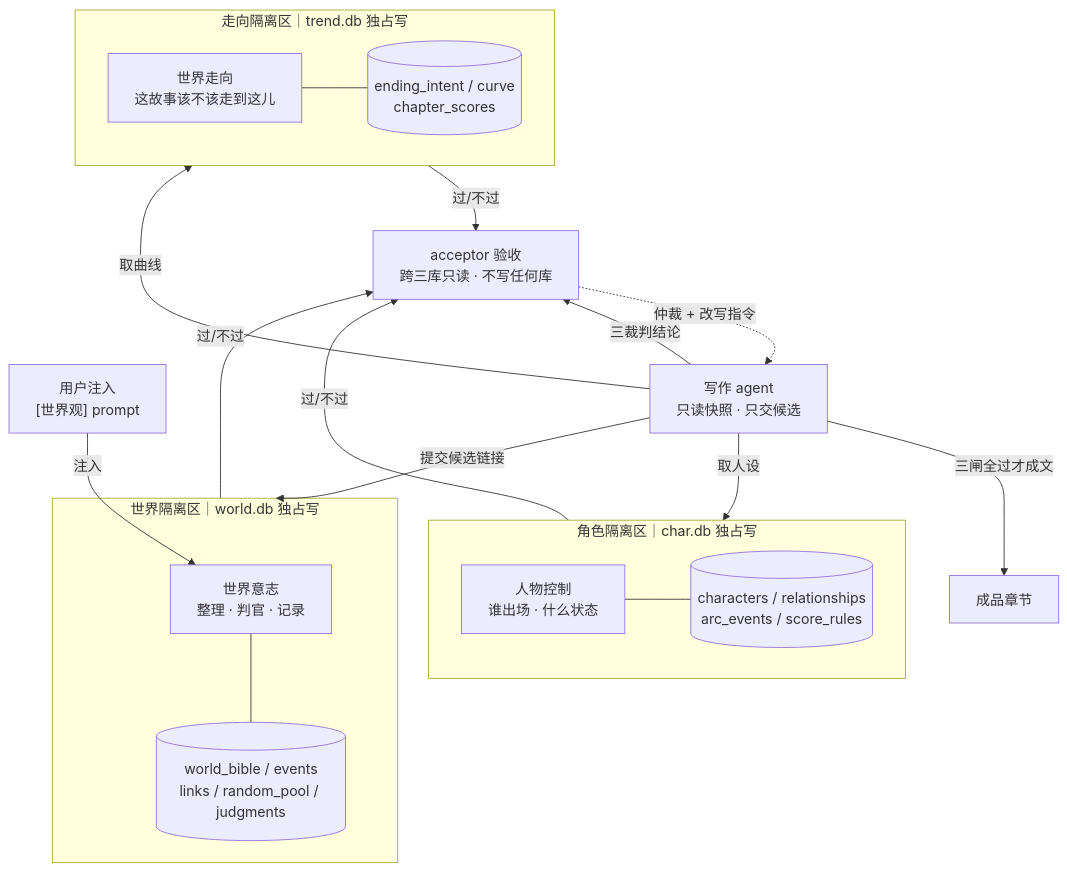
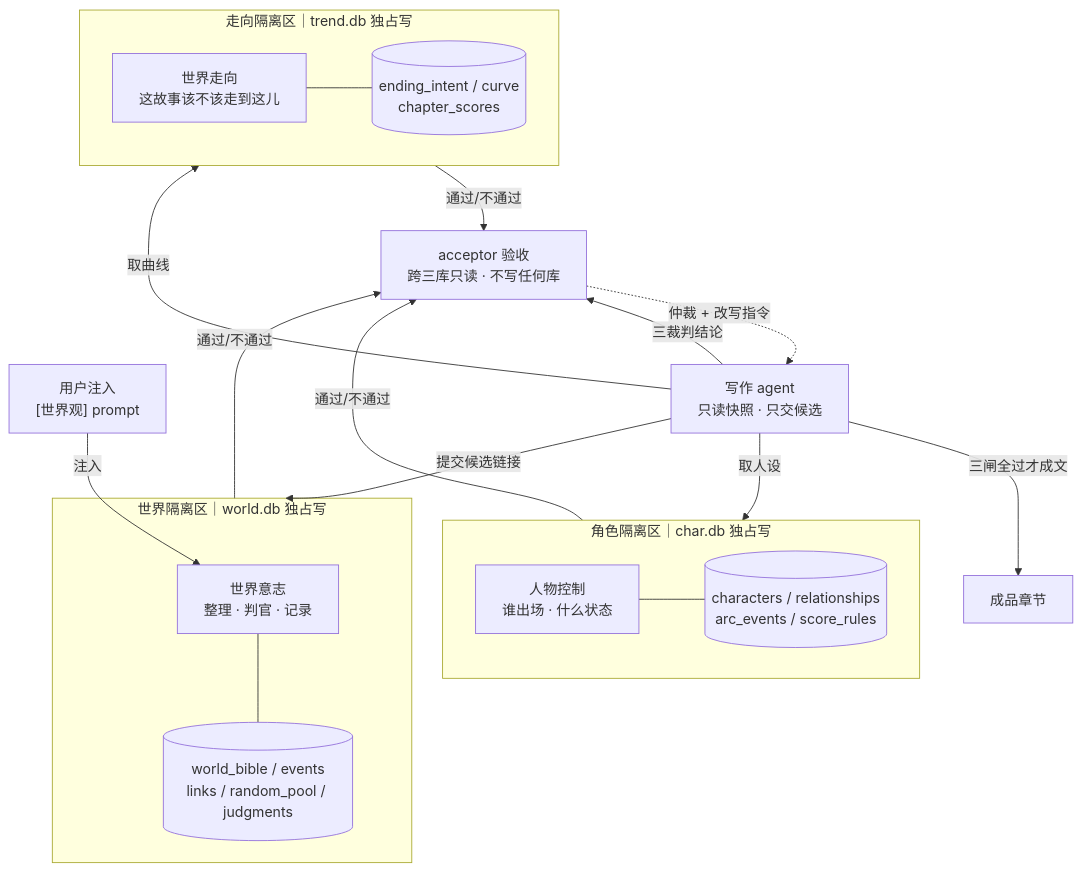
The diagram in README.md (zize0211/novel-mas), drawn with Mermaid before and after one commit. The commit also changed other lines of this file, not shown here.

````diff
--- a/README.md
+++ b/README.md
@@ -47,37 +46,37 @@
 ```mermaid
 flowchart TB
     U["用户注入<br/>[世界观] prompt"]
 
     subgraph WW["世界隔离区｜world.db 独占写"]
         WILL["世界意志<br/>整理 · 判官 · 记录"]
         WDB[("world_bible / events<br/>links / random_pool / judgments")]
         WILL --- WDB
     end
 
     subgraph CH["角色隔离区｜char.db 独占写"]
         CHAR["人物控制<br/>谁出场 · 什么状态"]
         CDB[("characters / relationships<br/>arc_events / score_rules")]
         CHAR --- CDB
     end
 
     subgraph TR["走向隔离区｜trend.db 独占写"]
         TREND["世界走向<br/>这故事该不该走到这儿"]
         TDB[("ending_intent / curve<br/>chapter_scores")]
         TREND --- TDB
     end
 
     WRITER["写作 agent<br/>只读快照 · 只交候选"]
     ACC["acceptor 验收<br/>跨三库只读 · 不写任何库"]
     OUT["成品章节"]
 
     U -->|注入| WILL
     WRITER -->|取人设| CH
     WRITER -->|取曲线| TR
     WRITER -->|提交候选链接| WW
     WRITER -->|三裁判结论| ACC
     ACC -.->|仲裁 + 改写指令| WRITER
-    WW -->|过/不过| ACC
-    CH -->|过/不过| ACC
-    TR -->|过/不过| ACC
+    WW -->|通过/不通过| ACC
+    CH -->|通过/不通过| ACC
+    TR -->|通过/不通过| ACC
     WRITER -->|三闸全过才成文| OUT
 ```
````
